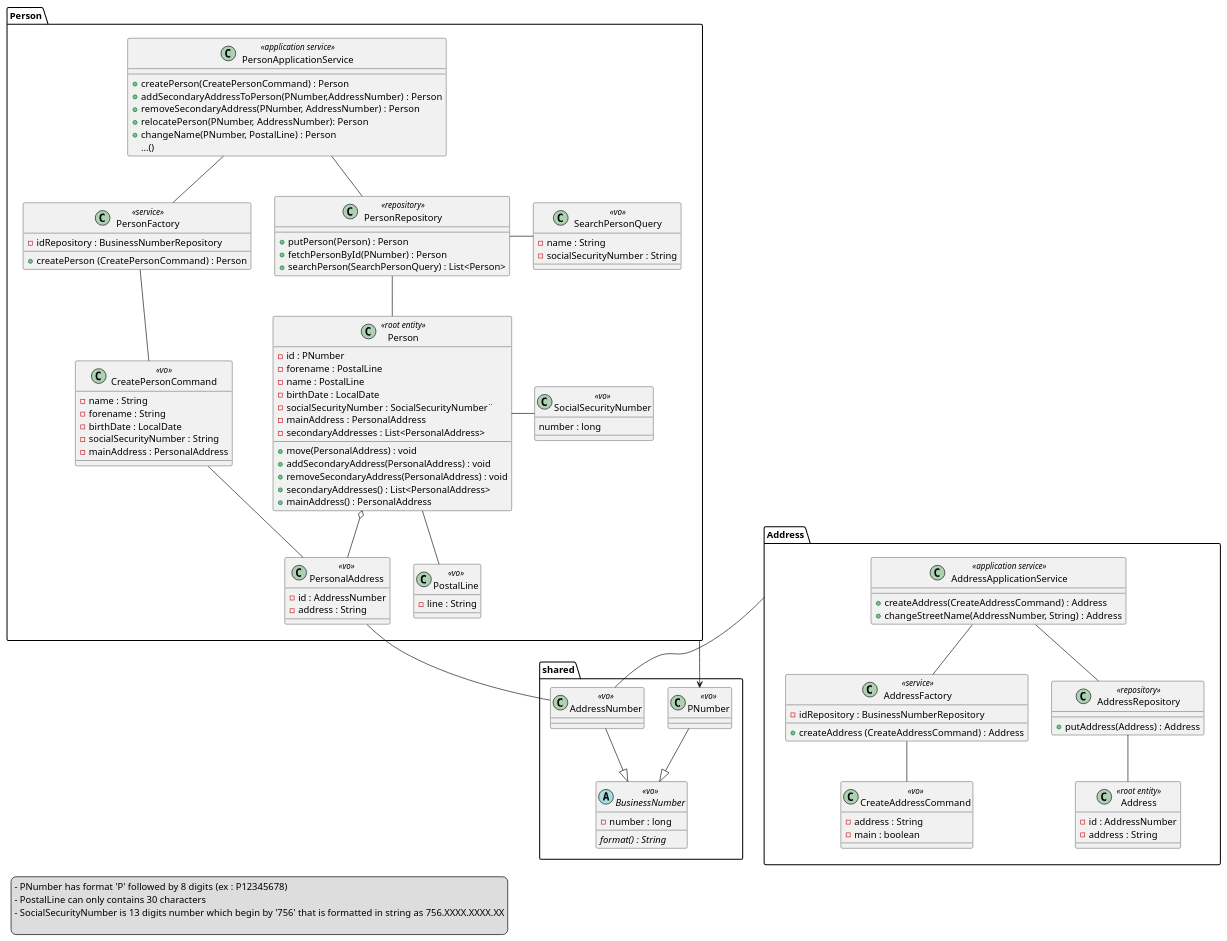
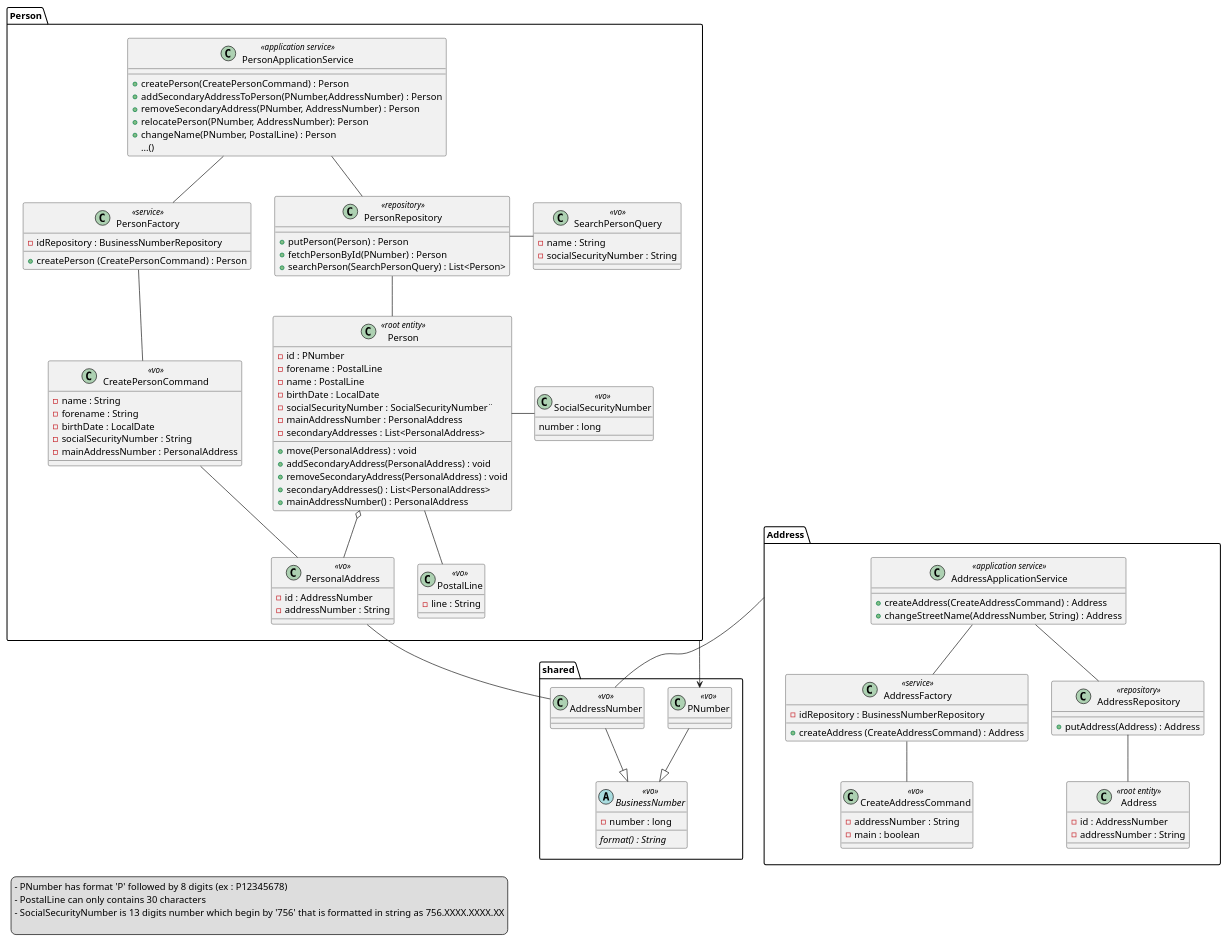
Before and after one commit to McKratt/microservice-sandbox: the diagram in person/person-domain/PersonDomainVariante.puml, drawn with PlantUML. The commit also changed 101 other files, not shown here.

```diff
--- a/person/person-domain/PersonDomainVariante.puml
+++ b/person/person-domain/PersonDomainVariante.puml
@@ -1,125 +1,125 @@
 @startuml
 package Person {
     class PersonApplicationService <<application service>> {
         + createPerson(CreatePersonCommand) : Person
         + addSecondaryAddressToPerson(PNumber,AddressNumber) : Person
         + removeSecondaryAddress(PNumber, AddressNumber) : Person
         + relocatePerson(PNumber, AddressNumber): Person
         + changeName(PNumber, PostalLine) : Person
         ...()
     }
     class PersonFactory <<service>> {
         - idRepository : BusinessNumberRepository
         + createPerson (CreatePersonCommand) : Person
     }
     class PersonRepository <<repository>> {
         + putPerson(Person) : Person
         + fetchPersonById(PNumber) : Person
         + searchPerson(SearchPersonQuery) : List<Person>
     }
     class CreatePersonCommand <<vo>> {
         - name : String
         - forename : String
         - birthDate : LocalDate
         - socialSecurityNumber : String
-        - mainAddress : PersonalAddress
+        - mainAddressNumber : PersonalAddress
     }
     class SearchPersonQuery <<vo>> {
         - name : String
         - socialSecurityNumber : String
     }
     class Person <<root entity>> {
         - id : PNumber
         - forename : PostalLine
         - name : PostalLine
         - birthDate : LocalDate
         - socialSecurityNumber : SocialSecurityNumber¨
-        - mainAddress : PersonalAddress
+        - mainAddressNumber : PersonalAddress
         - secondaryAddresses : List<PersonalAddress>
         + move(PersonalAddress) : void
         + addSecondaryAddress(PersonalAddress) : void
         + removeSecondaryAddress(PersonalAddress) : void
         + secondaryAddresses() : List<PersonalAddress>
-        + mainAddress() : PersonalAddress
+        + mainAddressNumber() : PersonalAddress
     }
     class PersonalAddress <<vo>> {
         - id : AddressNumber
-        - address : String
+        - addressNumber : String
     }
     class PostalLine <<vo>> {
         - line : String
     }
     class SocialSecurityNumber <<vo>> {
         number : long
     }
     PersonApplicationService -- PersonFactory
     PersonApplicationService -- PersonRepository
 
     PersonFactory -- CreatePersonCommand
 
     PersonRepository -- Person
     PersonRepository -right- SearchPersonQuery
 
     Person -- PostalLine
     Person o-- PersonalAddress
     Person -right- SocialSecurityNumber
 
     CreatePersonCommand -- PersonalAddress
 
 }
 
 package Address {
     class AddressApplicationService <<application service>> {
         + createAddress(CreateAddressCommand) : Address
         + changeStreetName(AddressNumber, String) : Address
     }
     class AddressFactory <<service>> {
         - idRepository : BusinessNumberRepository
         + createAddress (CreateAddressCommand) : Address
     }
     class AddressRepository <<repository>> {
         + putAddress(Address) : Address
     }
     class CreateAddressCommand <<vo>> {
-        - address : String
+        - addressNumber : String
         - main : boolean
     }
     class Address <<root entity>> {
         - id : AddressNumber
-        - address : String
+        - addressNumber : String
     }
 
     AddressApplicationService -- AddressRepository
     AddressApplicationService -- AddressFactory
 
     AddressFactory -- CreateAddressCommand
 
     AddressRepository -- Address
 }
 
 package shared {
     class AddressNumber <<vo>>
     class PNumber <<vo>>
 
     abstract BusinessNumber <<vo>> {
         - number : long
         {abstract} format() : String
     }
 
     PNumber --|> BusinessNumber
     
     AddressNumber --|> BusinessNumber
 }
 
 Address -- AddressNumber
 PersonalAddress -- AddressNumber
 Person -> PNumber
 
 legend left
 - PNumber has format 'P' followed by 8 digits (ex : P12345678)
 - PostalLine can only contains 30 characters
 - SocialSecurityNumber is 13 digits number which begin by '756' that is formatted in string as 756.XXXX.XXXX.XX
 
 end legend
 
 @enduml
```
